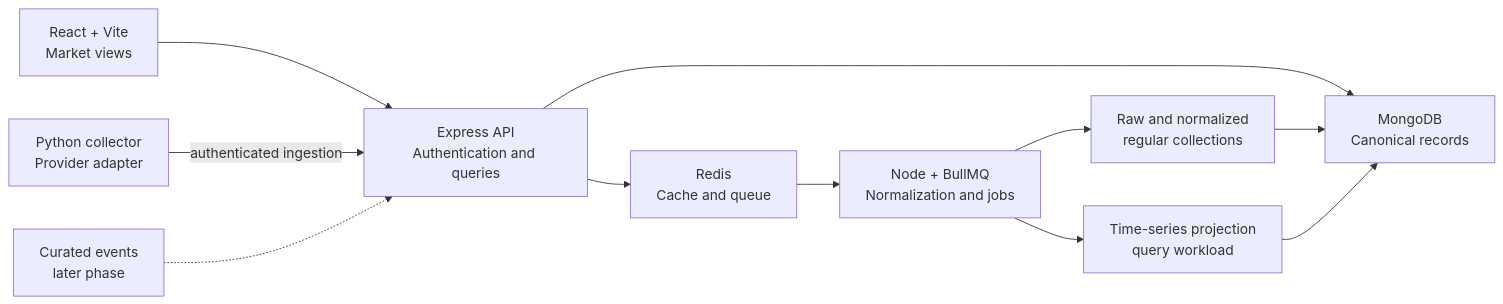
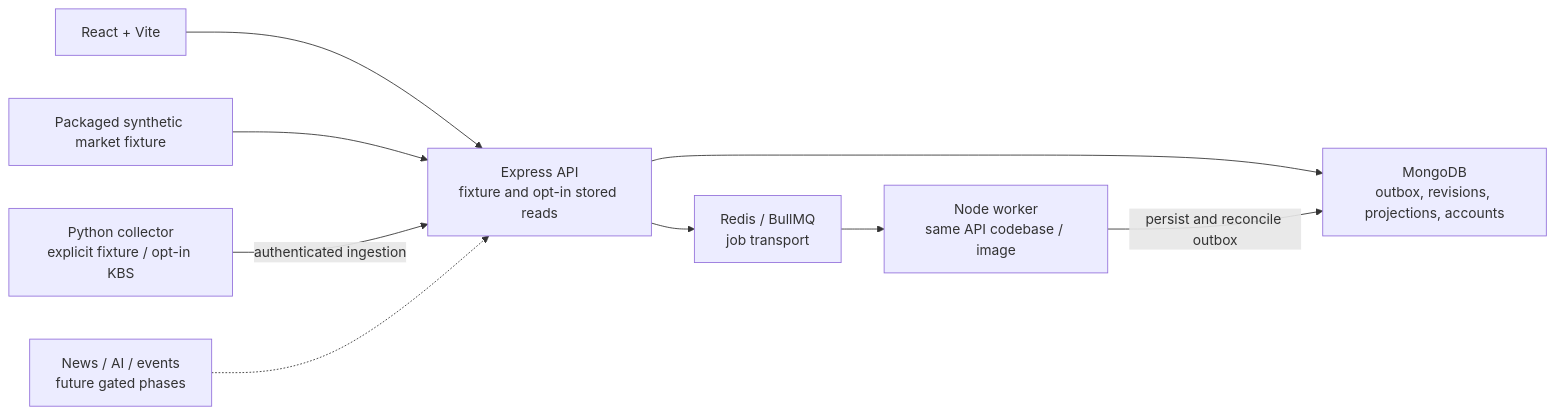
The diagram in README.md (Son2110/Market-Pulse), drawn with Mermaid before and after one commit. The commit also changed other lines of this file and 5 other files, not shown here.

Commit message:
docs: establish modular architecture and foundation roadmap (#36)

```diff
--- a/README.md
+++ b/README.md
@@ -54,13 +56,11 @@
 ~~~mermaid
 flowchart LR
-  Web["React + Vite<br/>Market views"] --> API["Express API<br/>Authentication and queries"]
-  API --> Mongo["MongoDB<br/>Canonical records"]
-  API --> Redis["Redis<br/>Cache and queue"]
-  Collector["Python collector<br/>Provider adapter"] -->|authenticated ingestion| API
-  Redis --> Worker["Node + BullMQ<br/>Normalization and jobs"]
-  Worker --> Raw["Raw and normalized<br/>regular collections"]
-  Worker --> TS["Time-series projection<br/>query workload"]
-  Raw --> Mongo
-  TS --> Mongo
-  Events["Curated events<br/>later phase"] -.-> API
+  Web["React + Vite"] --> API["Express API<br/>fixture and opt-in stored reads"]
+  Fixture["Packaged synthetic market fixture"] --> API
+  API --> Mongo["MongoDB<br/>outbox, revisions, projections, accounts"]
+  API --> Redis["Redis / BullMQ<br/>job transport"]
+  Collector["Python collector<br/>explicit fixture / opt-in KBS"] -->|authenticated ingestion| API
+  Redis --> Worker["Node worker<br/>same API codebase / image"]
+  Worker -->|persist and reconcile outbox| Mongo
+  Future["News / AI / events<br/>future gated phases"] -.-> API
 ~~~
```
